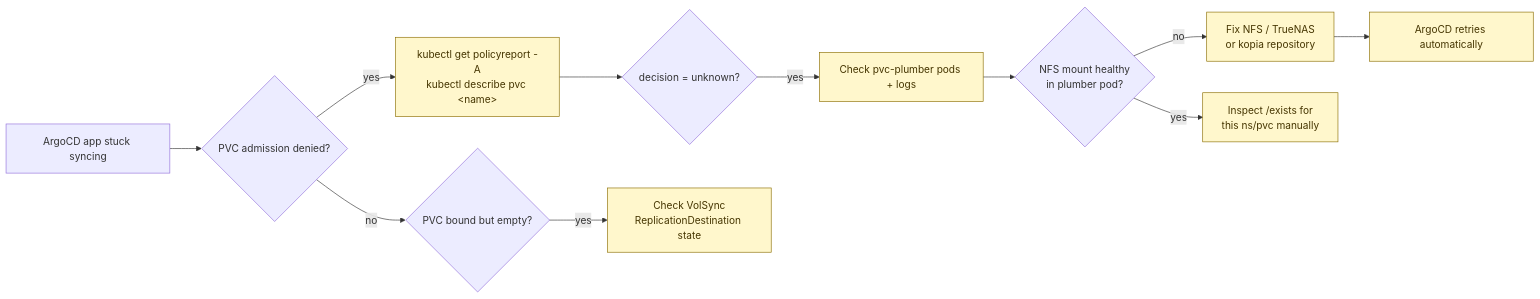
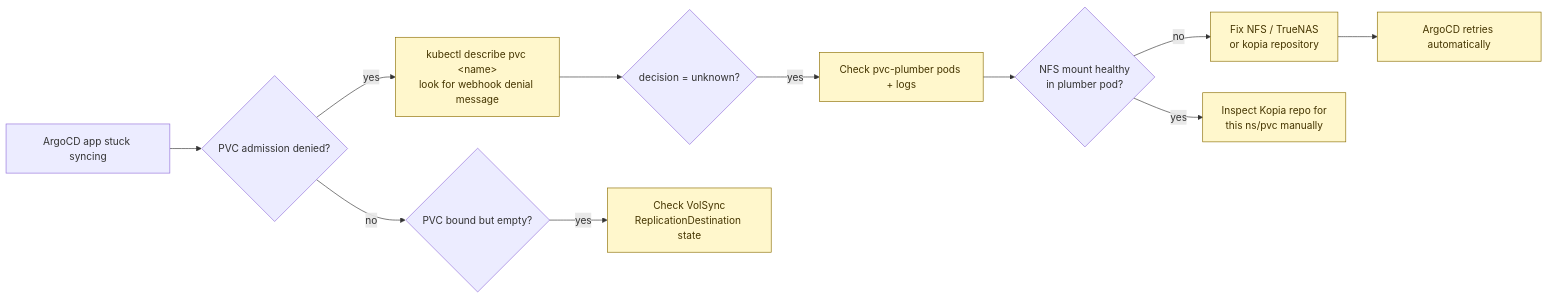
One commit to mitchross/talos-argocd-proxmox changed the sixth of 6 diagrams in docs/volsync-storage-recovery.md. Above: the diagram before and after it, drawn with Mermaid. The commit also changed other lines of this file and 3 other files, not shown here.

````diff
--- a/docs/volsync-storage-recovery.md
+++ b/docs/volsync-storage-recovery.md
@@ -705,16 +691,16 @@
 ```mermaid
 flowchart LR
     A[ArgoCD app stuck syncing] --> B{PVC admission denied?}
-    B -- yes --> C[kubectl get policyreport -A<br/>kubectl describe pvc &lt;name&gt;]
+    B -- yes --> C[kubectl describe pvc &lt;name&gt;<br/>look for webhook denial message]
     C --> D{decision = unknown?}
     D -- yes --> E[Check pvc-plumber pods + logs]
     E --> F{NFS mount healthy<br/>in plumber pod?}
     F -- no --> G[Fix NFS / TrueNAS<br/>or kopia repository]
     G --> H[ArgoCD retries automatically]
-    F -- yes --> I[Inspect /exists for<br/>this ns/pvc manually]
+    F -- yes --> I[Inspect Kopia repo for<br/>this ns/pvc manually]
     B -- no --> J{PVC bound but empty?}
     J -- yes --> K[Check VolSync<br/>ReplicationDestination state]
 
     classDef act fill:#fff7cc,stroke:#8a6d00,color:#453500;
     class C,E,G,H,I,K act;
 ```
````
